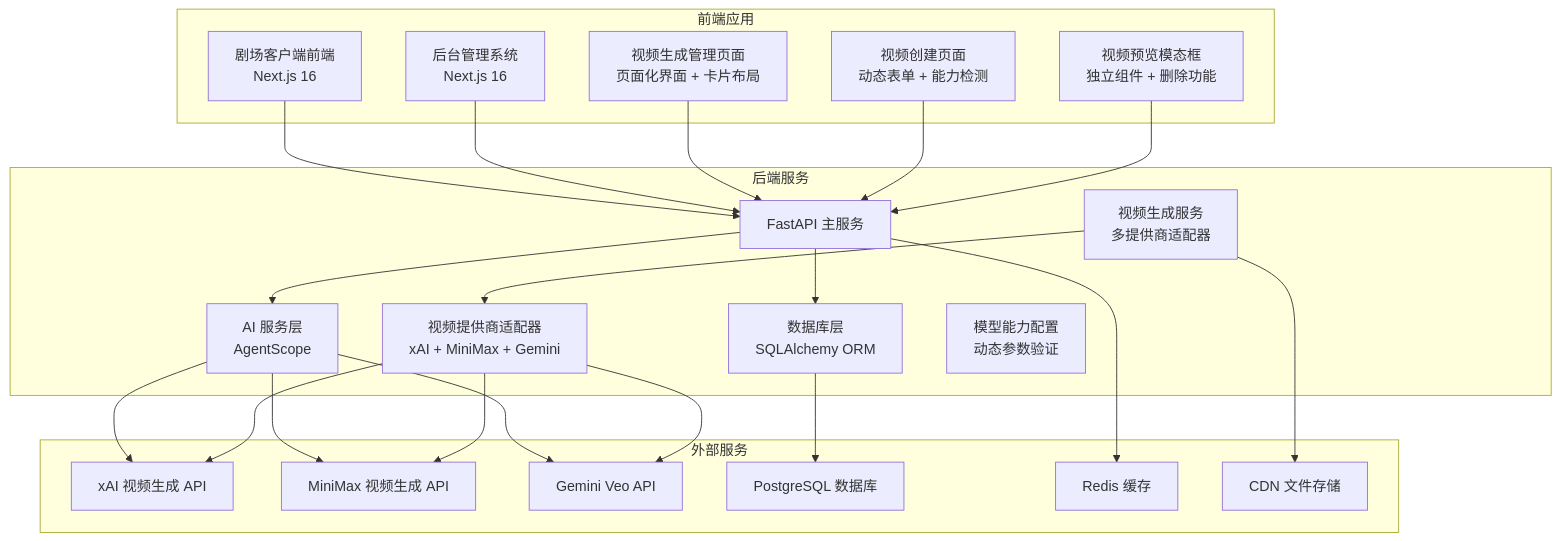
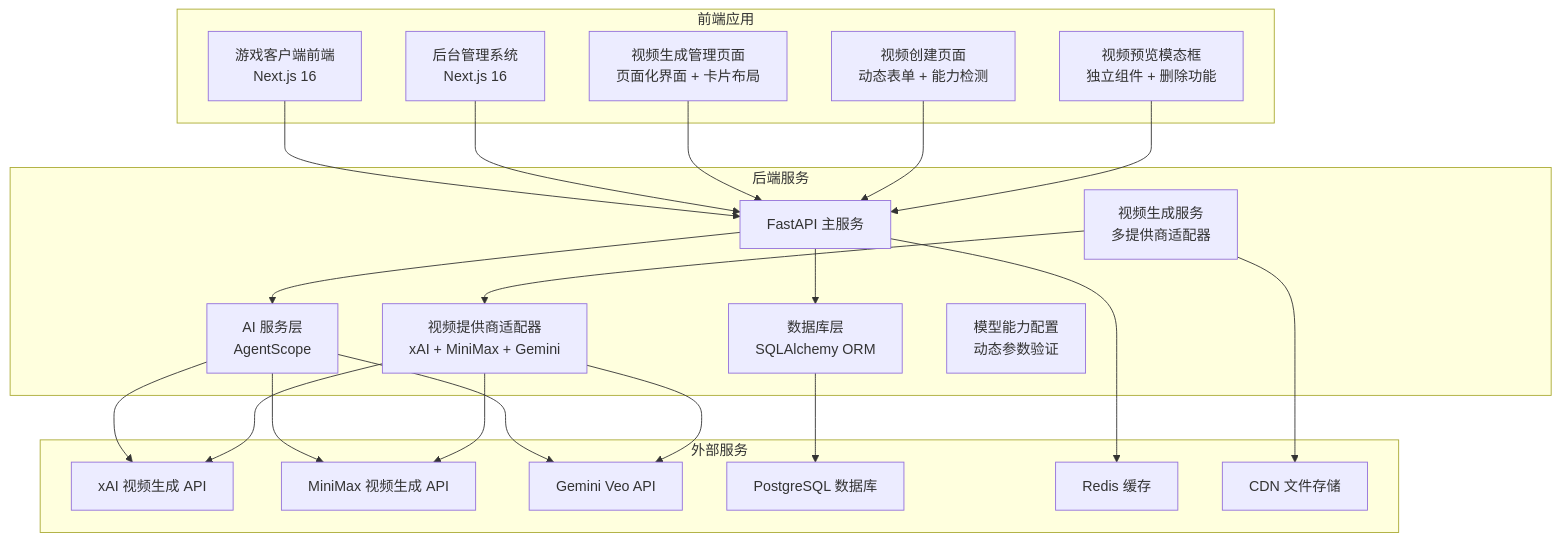
The first of 18 diagrams in .qoder/repowiki/zh/content/后端开发指南/视频生成系统.md (KunLabAI/KunFlix), drawn with Mermaid before and after one commit. The commit also changed other lines of this file and 88 other files, not shown here.

````diff
--- a/.qoder/repowiki/zh/content/后端开发指南/视频生成系统.md
+++ b/.qoder/repowiki/zh/content/后端开发指南/视频生成系统.md
@@ -76,43 +80,43 @@
 ```mermaid
 graph TB
 subgraph "前端应用"
-FE1[剧场客户端前端<br/>Next.js 16]
+FE1[游戏客户端前端<br/>Next.js 16]
 FE2[后台管理系统<br/>Next.js 16]
 FE3[视频生成管理页面<br/>页面化界面 + 卡片布局]
 FE4[视频创建页面<br/>动态表单 + 能力检测]
 FE5[视频预览模态框<br/>独立组件 + 删除功能]
 end
 subgraph "后端服务"
 BE1[FastAPI 主服务]
 BE2[数据库层<br/>SQLAlchemy ORM]
 BE3[AI 服务层<br/>AgentScope]
 BE4[视频生成服务<br/>多提供商适配器]
 BE5[视频提供商适配器<br/>xAI + MiniMax + Gemini]
 BE6[模型能力配置<br/>动态参数验证]
 end
 subgraph "外部服务"
 ES1[xAI 视频生成 API]
 ES2[MiniMax 视频生成 API]
 ES3[Gemini Veo API]
 ES4[PostgreSQL 数据库]
 ES5[Redis 缓存]
 ES6[CDN 文件存储]
 end
 FE1 --> BE1
 FE2 --> BE1
 FE3 --> BE1
 FE4 --> BE1
 FE5 --> BE1
 BE1 --> BE2
 BE1 --> BE3
 BE3 --> ES1
 BE3 --> ES2
 BE3 --> ES3
 BE4 --> BE5
 BE5 --> ES1
 BE5 --> ES2
 BE5 --> ES3
 BE2 --> ES4
 BE1 --> ES5
 BE4 --> ES6
 ```
````
